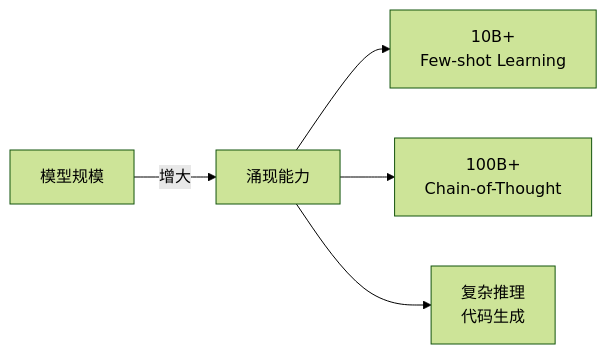
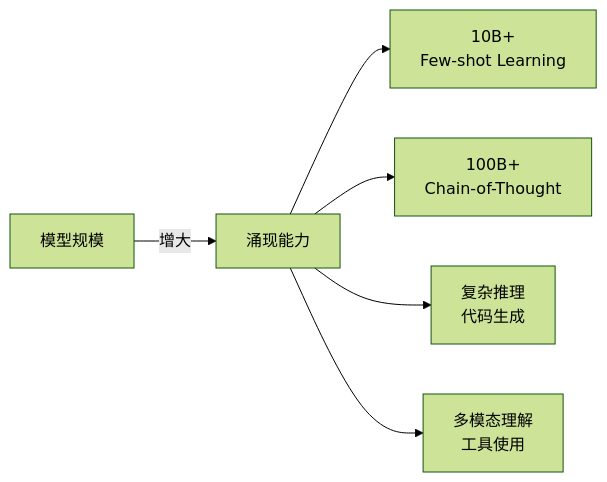
One commit to Xunzhuo/mini-sglang changed the eighth of 24 diagrams in learning/website/docs/basics/05-transformer-architecture.md. Above: the diagram before and after it, drawn with Mermaid (forest theme). The commit also changed other lines of this file and 7 other files, not shown here.

````diff
--- a/learning/website/docs/basics/05-transformer-architecture.md
+++ b/learning/website/docs/basics/05-transformer-architecture.md
@@ -209,8 +209,9 @@
 ```mermaid
 graph LR
     S[模型规模] --> |增大| E[涌现能力]
     
     E --> E1[10B+<br/>Few-shot Learning]
     E --> E2[100B+<br/>Chain-of-Thought]
     E --> E3[复杂推理<br/>代码生成]
+    E --> E4[多模态理解<br/>工具使用]
 ```
````
